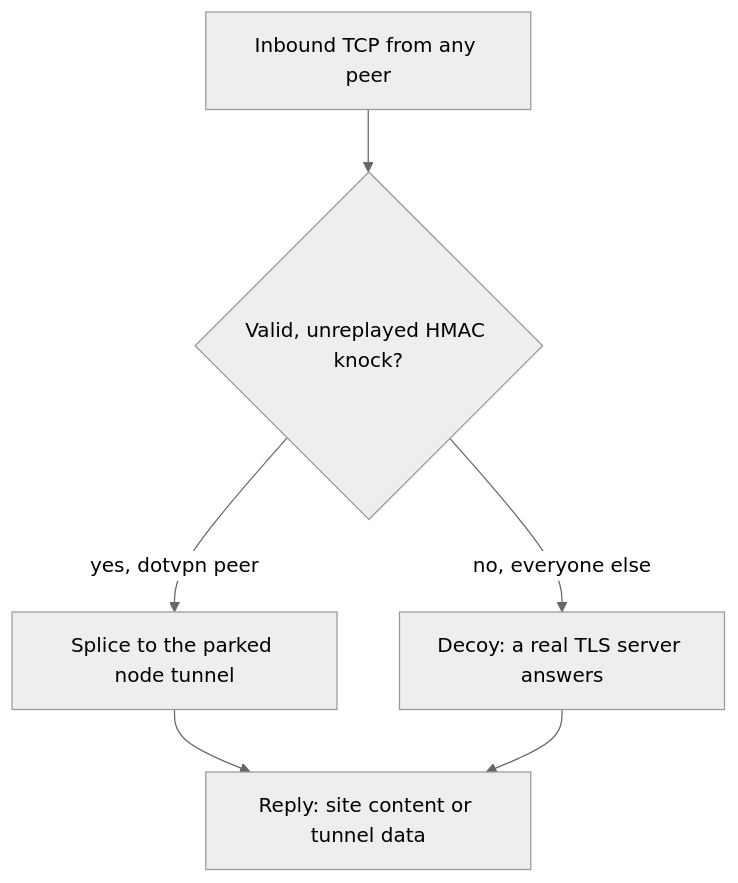
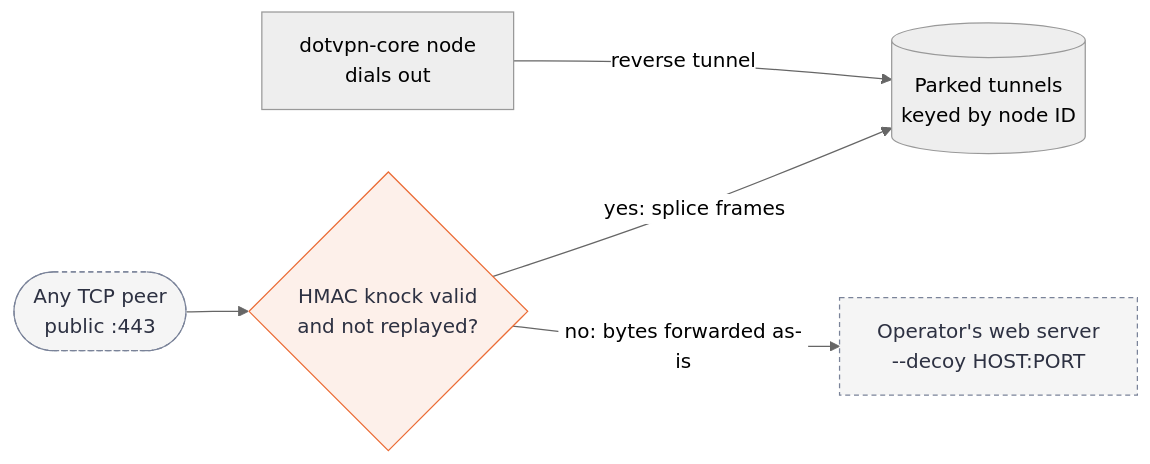
Before and after one commit to payam-foundation/dotvpn-relay: the diagram in README.md, drawn with Mermaid (neutral theme). The commit also changed other lines of this file and 10 other files, not shown here.

````diff
--- a/README.md
+++ b/README.md
@@ -18,14 +18,18 @@
 ```mermaid
-flowchart TD
-    inbound["Inbound TCP from any peer"]
-    knock{"Valid, unreplayed HMAC knock?"}
-    splice["Splice to the parked node tunnel"]
-    decoy["Decoy: a real TLS server answers"]
-    reply["Reply: site content or tunnel data"]
+flowchart LR
+    peer(["Any TCP peer<br/>public :443"])
+    knock{"HMAC knock valid<br/>and not replayed?"}
+    pool[("Parked tunnels<br/>keyed by node ID")]
+    node["dotvpn-core node<br/>dials out"]
+    decoy["Operator's web server<br/>--decoy HOST:PORT"]
 
-    inbound --> knock
-    knock -->|"yes, dotvpn peer"| splice
-    knock -->|"no, everyone else"| decoy
-    splice --> reply
-    decoy --> reply
+    peer --> knock
+    knock -->|"yes: splice frames"| pool
+    node -->|"reverse tunnel"| pool
+    knock -->|"no: bytes forwarded as-is"| decoy
+
+    classDef focal fill:#fdf0ea,stroke:#eb6c36,color:#2d3142
+    classDef ext fill:#f5f5f5,stroke:#7a8399,stroke-dasharray:4 3,color:#2d3142
+    class knock focal
+    class peer,decoy ext
 ```
````
